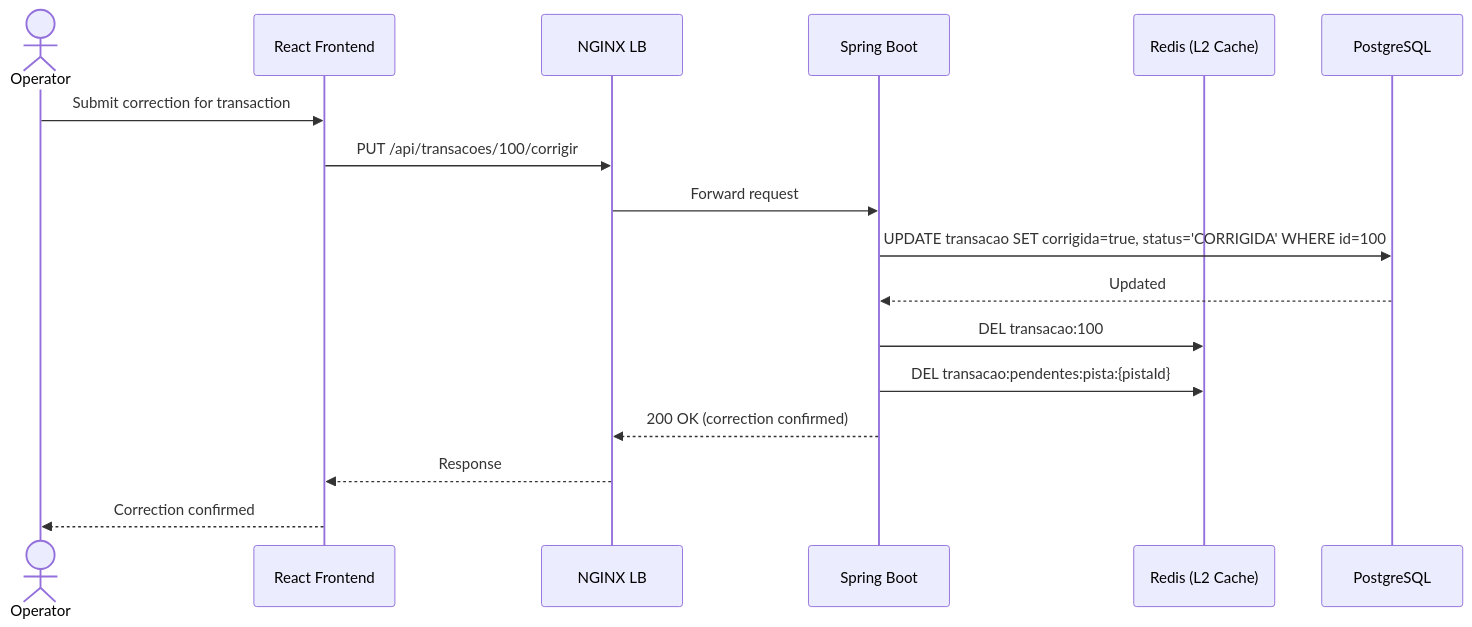
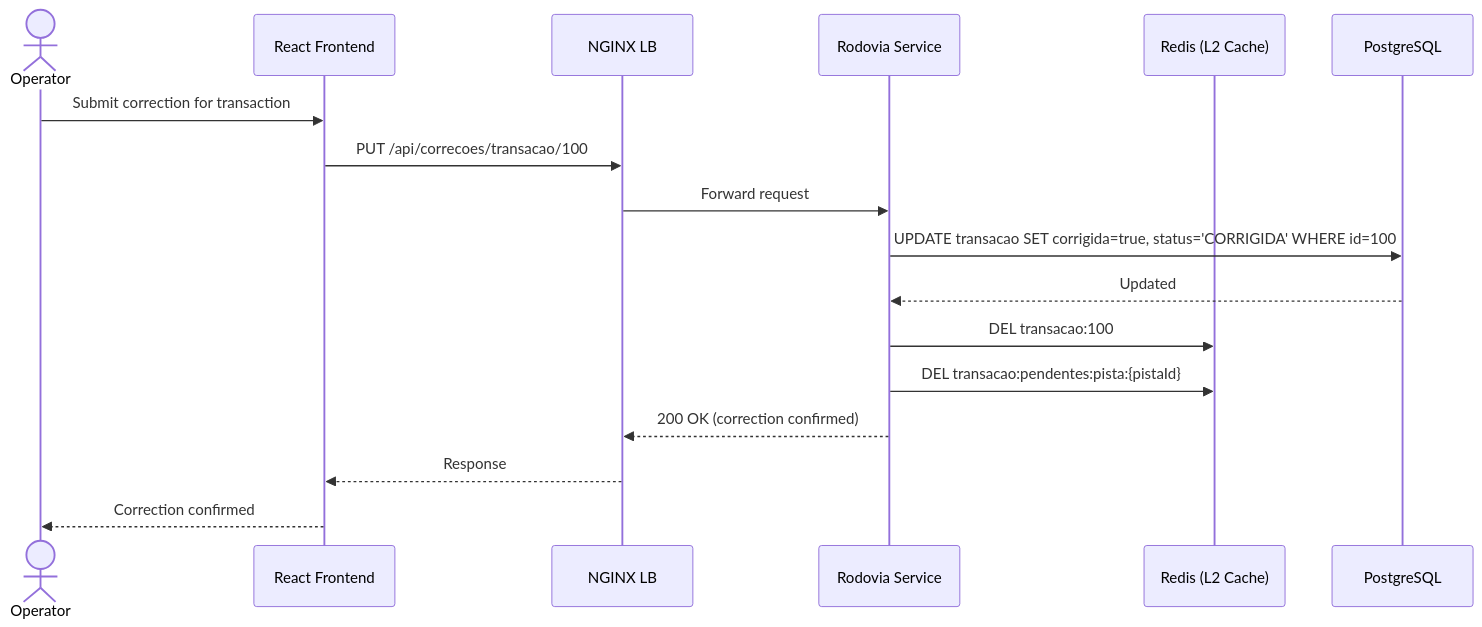
Before and after one commit to heloan/smart-toll-cache-system: the fourth of 7 diagrams in docs/uml-diagrams.md, drawn with Mermaid. The commit also changed other lines of this file and 175 other files, not shown here.

````diff
--- a/docs/uml-diagrams.md
+++ b/docs/uml-diagrams.md
@@ -114,20 +121,20 @@
 ```mermaid
 sequenceDiagram
     actor Operator
     participant FE as React Frontend
     participant NGINX as NGINX LB
-    participant SB as Spring Boot
+    participant SB as Rodovia Service
     participant REDIS as Redis (L2 Cache)
     participant PG as PostgreSQL
 
     Operator->>FE: Submit correction for transaction #100
-    FE->>NGINX: PUT /api/transacoes/100/corrigir
+    FE->>NGINX: PUT /api/correcoes/transacao/100
     NGINX->>SB: Forward request
     SB->>PG: UPDATE transacao SET corrigida=true, status='CORRIGIDA' WHERE id=100
     PG-->>SB: Updated
     SB->>REDIS: DEL transacao:100
     SB->>REDIS: DEL transacao:pendentes:pista:{pistaId}
     SB-->>NGINX: 200 OK (correction confirmed)
     NGINX-->>FE: Response
     FE-->>Operator: Correction confirmed
 ```
````
